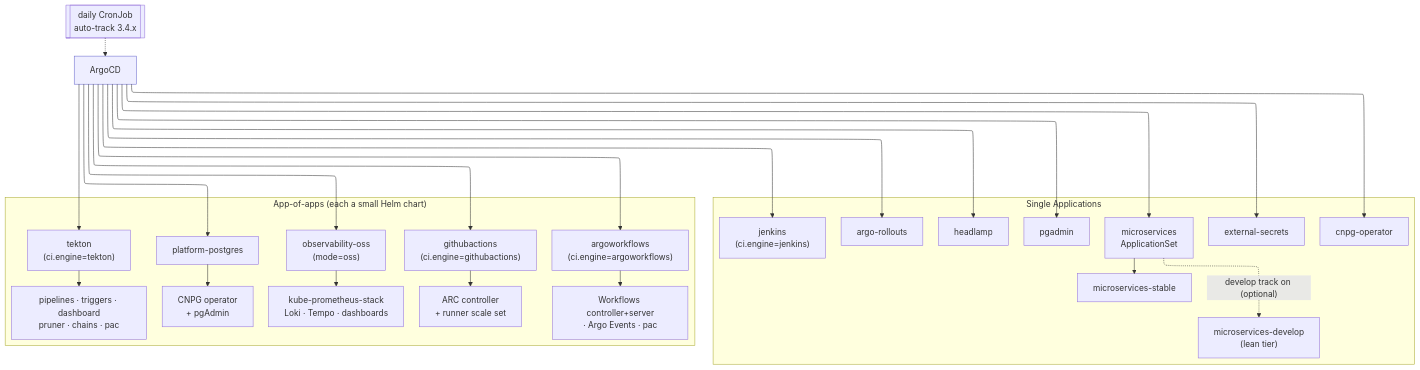
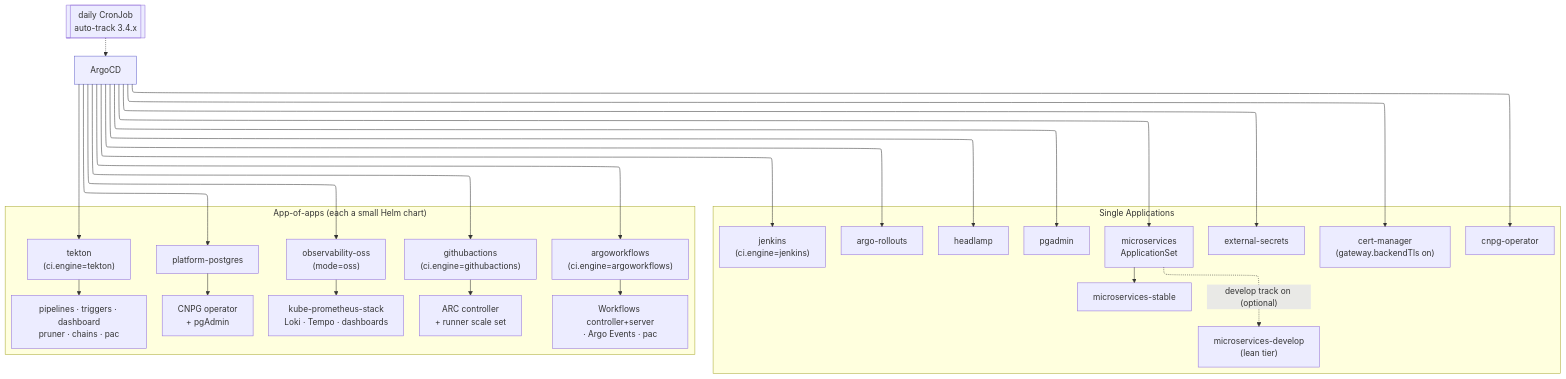
The second of 12 diagrams in docs/501-PLATFORM_OPERATIONS.md (nubenetes/jenkins-2026), drawn with Mermaid before and after one commit. The commit also changed other lines of this file and 21 other files, not shown here.

First line of the commit message:
feat(gateway): opt-in backend TLS — LB→pod re-encryption via cert-manager + BackendTLSPolicy (stage 1: Headlamp) (#554)

````diff
--- a/docs/501-PLATFORM_OPERATIONS.md
+++ b/docs/501-PLATFORM_OPERATIONS.md
@@ -97,34 +98,35 @@
 ```mermaid
 ---
 config:
   layout: elk
 ---
 flowchart TB
   argocd[ArgoCD]:::root
 
   subgraph single["Single Applications"]
     direction TB
     appset["microservices<br/>ApplicationSet"] --> msstable[microservices-stable]
     appset -. "develop track on (optional)" .-> msdev["microservices-develop<br/>(lean tier)"]
     headlamp[headlamp]
     pgadmin[pgadmin]
     cnpg[cnpg-operator]
     eso[external-secrets]
     jenkins["jenkins<br/>(ci.engine=jenkins)"]
     rollouts[argo-rollouts]
+    certmgr["cert-manager<br/>(gateway.backendTls on)"]
   end
 
   subgraph aoa["App-of-apps (each a small Helm chart)"]
     direction TB
     pp["platform-postgres"] --> ppc["CNPG operator<br/>+ pgAdmin"]
     oss["observability-oss<br/>(mode=oss)"] --> ossc["kube-prometheus-stack<br/>Loki · Tempo · dashboards"]
     tk["tekton<br/>(ci.engine=tekton)"] --> tkc["pipelines · triggers · dashboard<br/>pruner · chains · pac"]
     gha["githubactions<br/>(ci.engine=githubactions)"] --> ghac["ARC controller<br/>+ runner scale set"]
     awf["argoworkflows<br/>(ci.engine=argoworkflows)"] --> awfc["Workflows controller+server<br/>· Argo Events · pac"]
   end
 
-  argocd --> appset & headlamp & pgadmin & cnpg & eso & jenkins & rollouts
+  argocd --> appset & headlamp & pgadmin & cnpg & eso & jenkins & rollouts & certmgr
   argocd --> pp & oss & tk & gha & awf
   watcher[[daily CronJob<br/>auto-track 3.4.x]] -.-> argocd
   classDef root fill:#eef,stroke:#66c;
 ```
````
